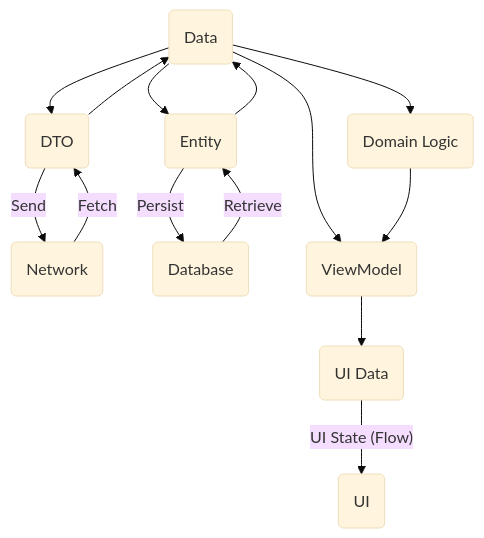
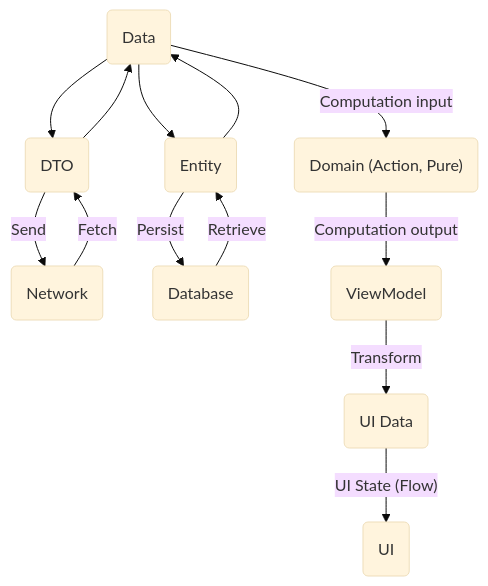
The second of 5 diagrams in docs/Developer-Guidelines.md (Ivy-Apps/ivy-wallet), drawn with Mermaid (base theme) before and after one commit. The commit also changed other lines of this file and 1 other file, not shown here.

````diff
--- a/docs/Developer-Guidelines.md
+++ b/docs/Developer-Guidelines.md
@@ -46,30 +46,29 @@
 ```mermaid
 graph TD;
 
 data(Data)
 entity(Entity)
 dto(DTO)
 ui_data(UI Data)
 
 ui(UI)
 network(Network)
 db(Database)
 viewmodel(ViewModel)
-domain(Domain Logic)
+domain("Domain (Action, Pure)")
 
 network -- Fetch --> dto -- Send --> network
 dto --> data
 
 db -- Retrieve --> entity -- Persist --> db
 entity --> data
 
 data --> entity
 data --> dto
 
-data --> domain
-data --> viewmodel
-viewmodel --> ui_data
-domain --> viewmodel
+data -- Computation input --> domain
+domain -- Computation output --> viewmodel
+viewmodel -- Transform --> ui_data
 ui_data -- "UI State (Flow)" --> ui
 
 ```
````
